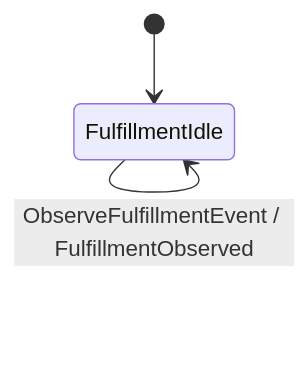
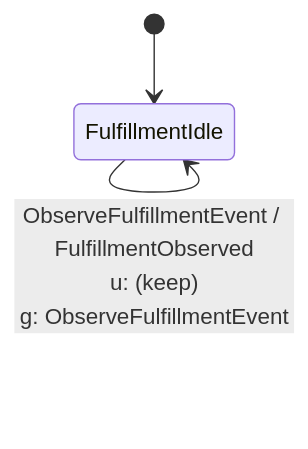
Before and after one commit to shinzui/keiro: the diagram in docs/guides/process-managers-and-timers.md, drawn with Mermaid. The commit also changed 17 other files, not shown here.

First line of the commit message:
feat(diagrams): adopt readable Keiki 0.8 rendering

````diff
--- a/docs/guides/process-managers-and-timers.md
+++ b/docs/guides/process-managers-and-timers.md
@@ -28,5 +28,5 @@
 ```mermaid
 stateDiagram-v2
     [*] --> FulfillmentIdle
-    FulfillmentIdle --> FulfillmentIdle : ObserveFulfillmentEvent / FulfillmentObserved
+    FulfillmentIdle --> FulfillmentIdle : ObserveFulfillmentEvent / FulfillmentObserved<br/>u: (keep)<br/>g: ObserveFulfillmentEvent
 ```
````
